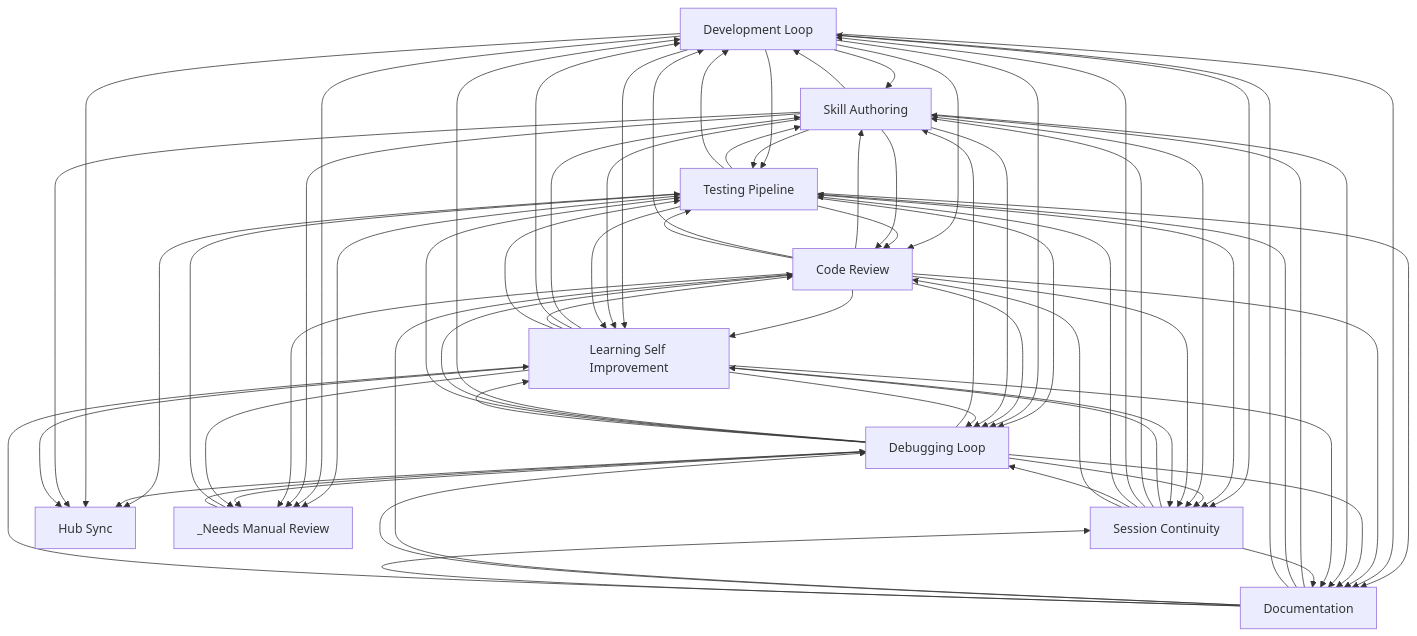
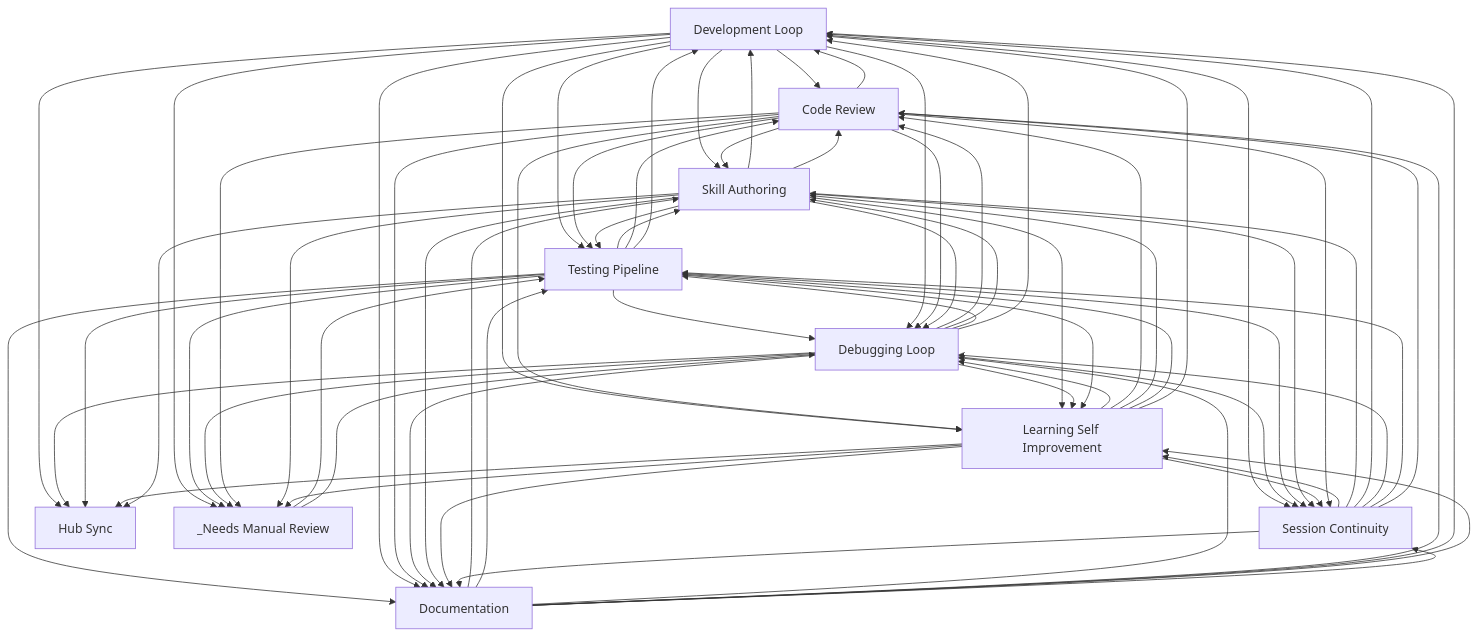
Before and after one commit to abhayla/claude-best-practices: the diagram in docs/workflows/INDEX.md, drawn with Mermaid. The commit also changed other lines of this file and 12 other files, not shown here.

````diff
--- a/docs/workflows/INDEX.md
+++ b/docs/workflows/INDEX.md
@@ -22,82 +22,82 @@
 ```mermaid
 graph TD
     development_loop[Development Loop]
     testing_pipeline[Testing Pipeline]
     debugging_loop[Debugging Loop]
     learning_self_improvement[Learning Self Improvement]
     session_continuity[Session Continuity]
     skill_authoring[Skill Authoring]
     code_review[Code Review]
     documentation[Documentation]
     hub_sync[Hub Sync]
     _needs_manual_review[_Needs Manual Review]
     documentation --> skill_authoring
     documentation --> testing_pipeline
+    development_loop --> code_review
+    development_loop --> skill_authoring
+    code_review --> development_loop
     code_review --> skill_authoring
-    code_review --> development_loop
-    development_loop --> skill_authoring
-    development_loop --> code_review
+    development_loop --> learning_self_improvement
+    development_loop --> testing_pipeline
+    code_review --> learning_self_improvement
     code_review --> testing_pipeline
-    code_review --> learning_self_improvement
-    development_loop --> testing_pipeline
-    development_loop --> learning_self_improvement
     skill_authoring --> testing_pipeline
     testing_pipeline --> skill_authoring
+    testing_pipeline --> debugging_loop
+    testing_pipeline --> code_review
     testing_pipeline --> development_loop
-    testing_pipeline --> code_review
-    testing_pipeline --> debugging_loop
     testing_pipeline --> documentation
+    debugging_loop --> code_review
     debugging_loop --> skill_authoring
+    debugging_loop --> testing_pipeline
     debugging_loop --> development_loop
-    debugging_loop --> code_review
-    debugging_loop --> testing_pipeline
     development_loop --> debugging_loop
     development_loop --> documentation
+    skill_authoring --> development_loop
     skill_authoring --> code_review
-    skill_authoring --> development_loop
     skill_authoring --> learning_self_improvement
+    development_loop --> _needs_manual_review
     testing_pipeline --> _needs_manual_review
-    development_loop --> _needs_manual_review
+    documentation --> debugging_loop
+    documentation --> code_review
     documentation --> development_loop
-    documentation --> code_review
-    documentation --> debugging_loop
     code_review --> debugging_loop
     code_review --> documentation
+    development_loop --> session_continuity
     session_continuity --> learning_self_improvement
-    development_loop --> session_continuity
     _needs_manual_review --> testing_pipeline
+    debugging_loop --> learning_self_improvement
+    debugging_loop --> session_continuity
     testing_pipeline --> learning_self_improvement
     testing_pipeline --> session_continuity
-    debugging_loop --> learning_self_improvement
-    debugging_loop --> session_continuity
     debugging_loop --> documentation
     documentation --> learning_self_improvement
     skill_authoring --> session_continuity
     skill_authoring --> debugging_loop
     _needs_manual_review --> debugging_loop
+    learning_self_improvement --> debugging_loop
+    learning_self_improvement --> code_review
     learning_self_improvement --> skill_authoring
+    learning_self_improvement --> testing_pipeline
     learning_self_improvement --> development_loop
-    learning_self_improvement --> code_review
-    learning_self_improvement --> testing_pipeline
-    learning_self_improvement --> debugging_loop
+    debugging_loop --> _needs_manual_review
+    code_review --> _needs_manual_review
     skill_authoring --> _needs_manual_review
-    code_review --> _needs_manual_review
-    debugging_loop --> _needs_manual_review
     skill_authoring --> documentation
+    learning_self_improvement --> session_continuity
     code_review --> session_continuity
-    learning_self_improvement --> session_continuity
     session_continuity --> skill_authoring
     learning_self_improvement --> documentation
     session_continuity --> development_loop
+    session_continuity --> debugging_loop
     session_continuity --> testing_pipeline
-    session_continuity --> debugging_loop
     session_continuity --> code_review
     session_continuity --> documentation
+    development_loop --> hub_sync
+    debugging_loop --> hub_sync
     testing_pipeline --> hub_sync
-    debugging_loop --> hub_sync
-    development_loop --> hub_sync
+    learning_self_improvement --> hub_sync
     skill_authoring --> hub_sync
-    learning_self_improvement --> hub_sync
     learning_self_improvement --> _needs_manual_review
     documentation --> session_continuity
 ```
````
